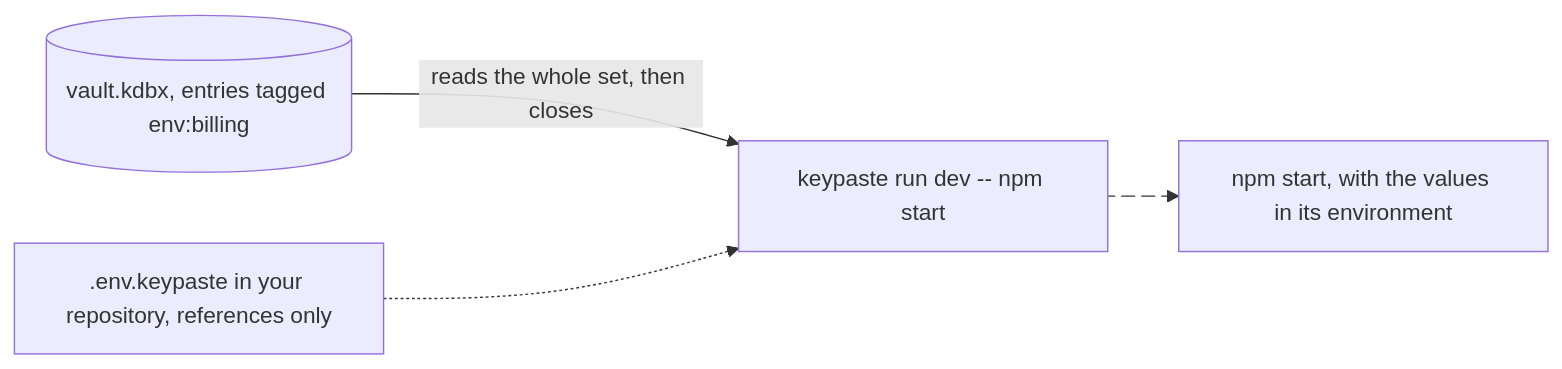
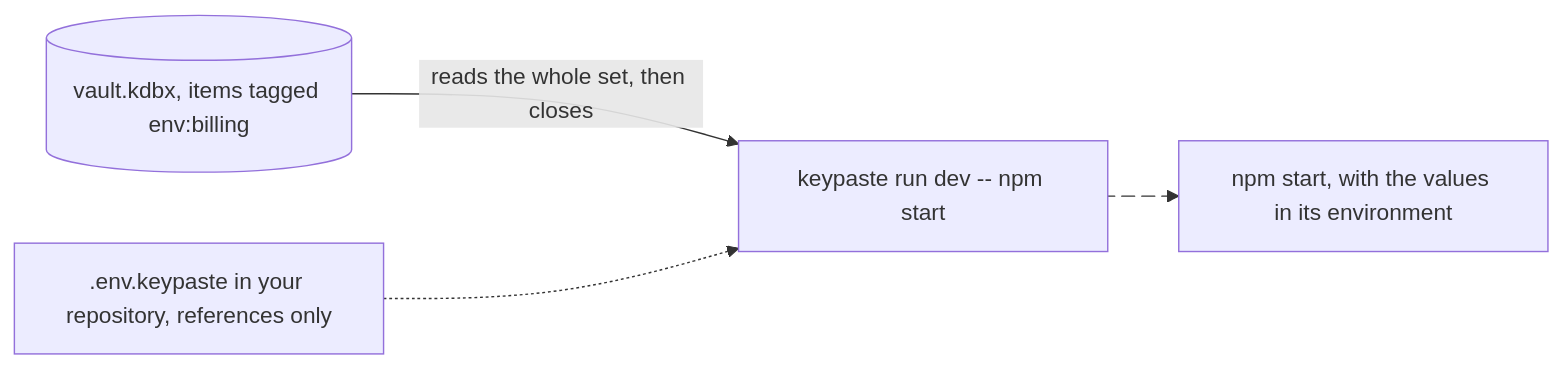
Before and after one commit to notinferred/keypaste: the diagram in site/web/src/content/docs/products/project-environments.mdx, drawn with Mermaid. The commit also changed other lines of this file and 39 other files, not shown here.

````diff
--- a/site/web/src/content/docs/products/project-environments.mdx
+++ b/site/web/src/content/docs/products/project-environments.mdx
@@ -14,7 +14,7 @@
 ```mermaid
 flowchart LR
-  vault[("vault.kdbx, entries tagged env:billing")] -->|reads the whole set, then closes| run["keypaste run dev -- npm start"]
+  vault[("vault.kdbx, items tagged env:billing")] -->|reads the whole set, then closes| run["keypaste run dev -- npm start"]
   refs[".env.keypaste in your repository, references only"] -.-> run
   run e1@--> child["npm start, with the values in its environment"]
   e1@{ animate: true }
 ```
````
